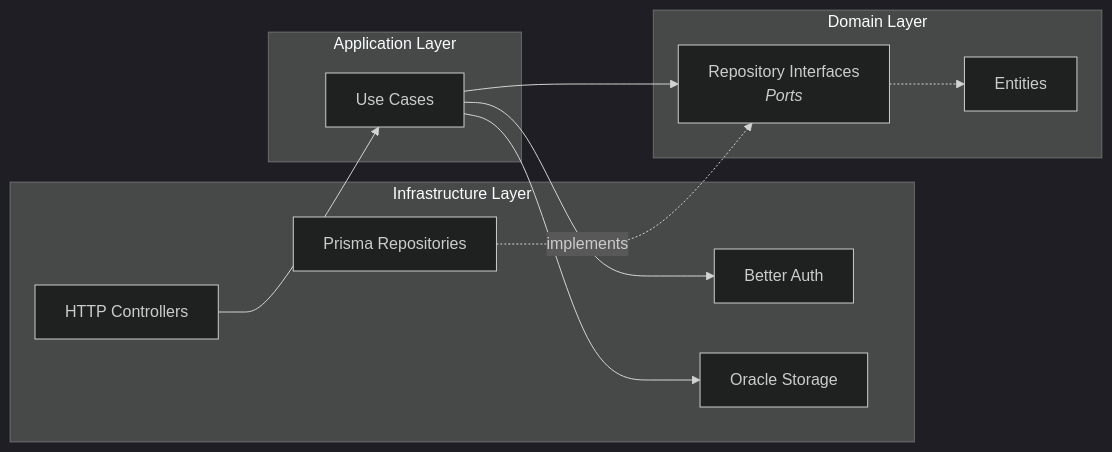
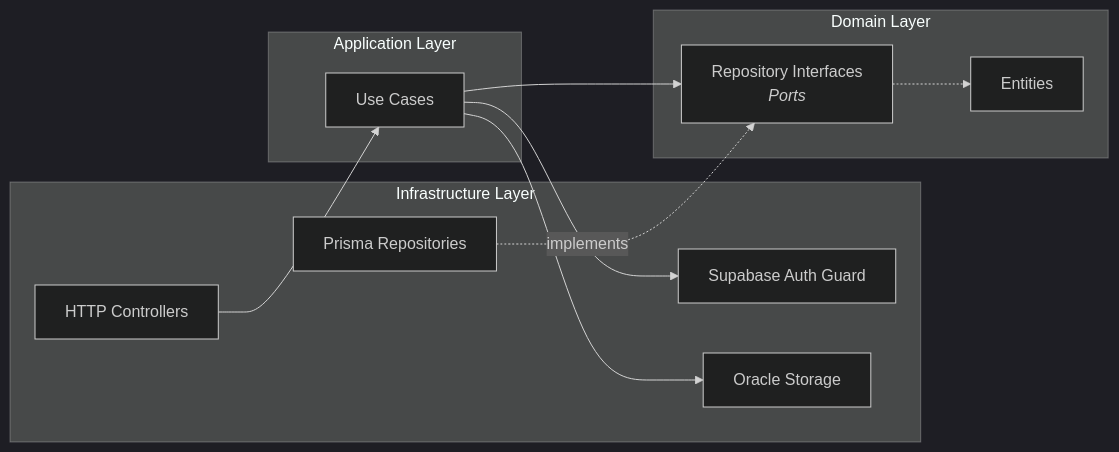
The second of 5 diagrams in docs/ARCHITECTURE.md (Mingbling1/CareerWiki), drawn with Mermaid (dark theme) before and after one commit. The commit also changed other lines of this file and 34 other files, not shown here.

First line of the commit message:
feat: migrate auth from Better Auth to Supabase Self-Hosted (GoTrue)

````diff
--- a/docs/ARCHITECTURE.md
+++ b/docs/ARCHITECTURE.md
@@ -42,25 +46,25 @@
 ```mermaid
 graph LR
     subgraph "Infrastructure Layer"
         HTTP[HTTP Controllers]
         PRISMA[Prisma Repositories]
-        AUTH[Better Auth]
+        AUTH[Supabase Auth Guard]
         STORE[Oracle Storage]
     end
 
     subgraph "Application Layer"
         UC[Use Cases]
     end
 
     subgraph "Domain Layer"
         ENT[Entities]
         REPO[Repository Interfaces<br/><i>Ports</i>]
     end
 
     HTTP --> UC
     UC --> REPO
     REPO -.-> ENT
     PRISMA -.implements.-> REPO
     UC --> AUTH
     UC --> STORE
 ```
````
